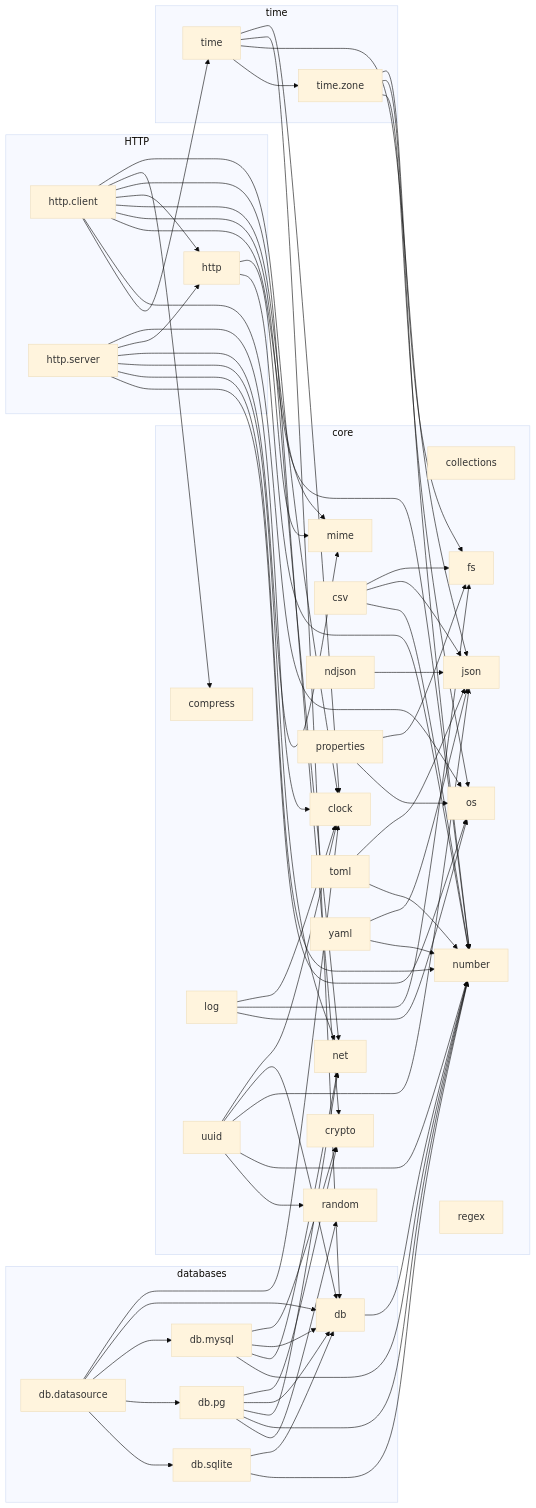
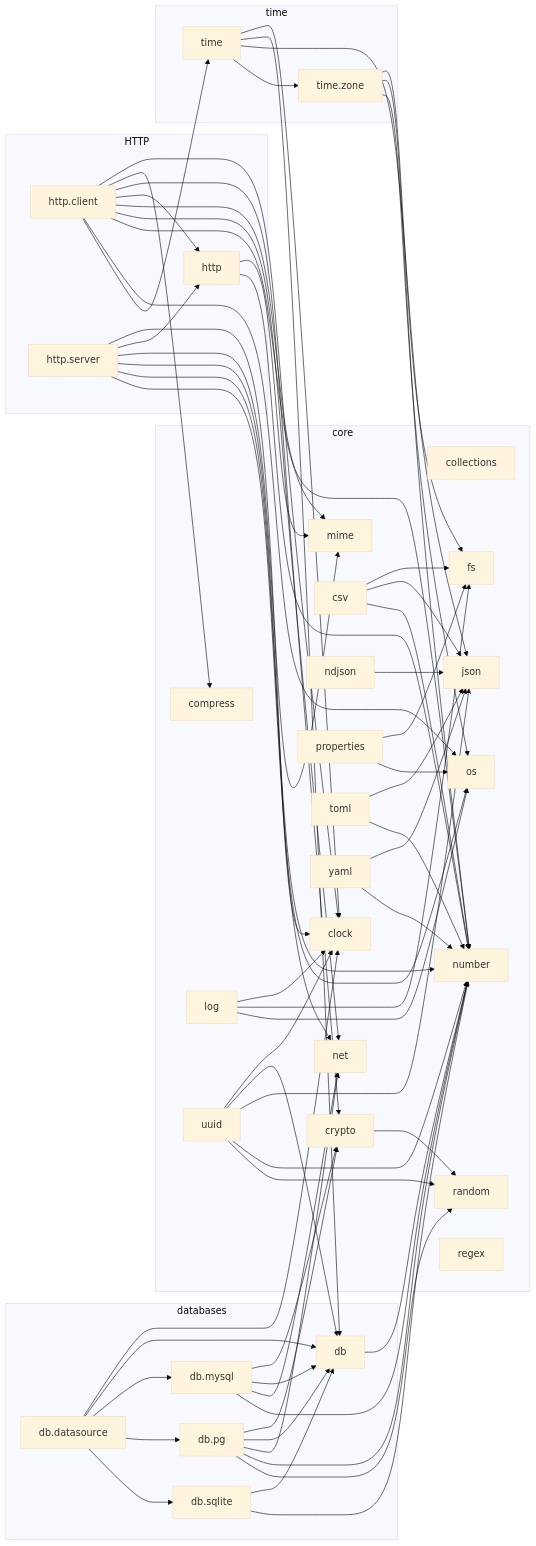
One commit to vasnatech/ziman changed the diagram in docs/lib/dependencies.md. Above: the diagram before and after it, drawn with Mermaid (base theme). The commit also changed other lines of this file and 10 other files, not shown here.

```diff
--- a/docs/lib/dependencies.md
+++ b/docs/lib/dependencies.md
@@ -53,6 +53,7 @@
     client --> number
     client --> os
     client --> time
+    crypto --> random
     csv --> fs
     csv --> json
     csv --> number
```
